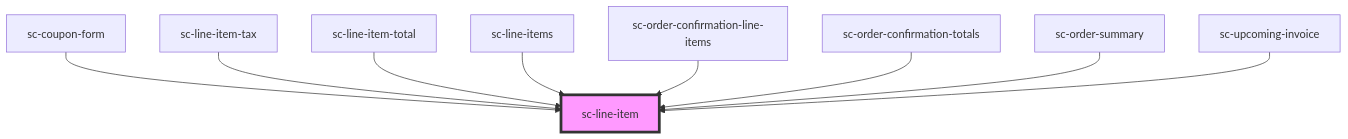
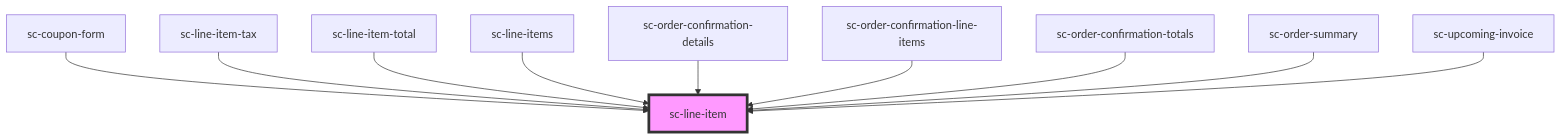
The diagram in packages/components/src/components/ui/line-item/readme.md (surecart/surecart-wp-plugin), drawn with Mermaid before and after one commit. The commit also changed other lines of this file and 4 other files, not shown here.

````diff
--- a/packages/components/src/components/ui/line-item/readme.md
+++ b/packages/components/src/components/ui/line-item/readme.md
@@ -52,12 +53,13 @@
 ```mermaid
 graph TD;
   sc-coupon-form --> sc-line-item
   sc-line-item-tax --> sc-line-item
   sc-line-item-total --> sc-line-item
   sc-line-items --> sc-line-item
+  sc-order-confirmation-details --> sc-line-item
   sc-order-confirmation-line-items --> sc-line-item
   sc-order-confirmation-totals --> sc-line-item
   sc-order-summary --> sc-line-item
   sc-upcoming-invoice --> sc-line-item
   style sc-line-item fill:#f9f,stroke:#333,stroke-width:4px
 ```
````
